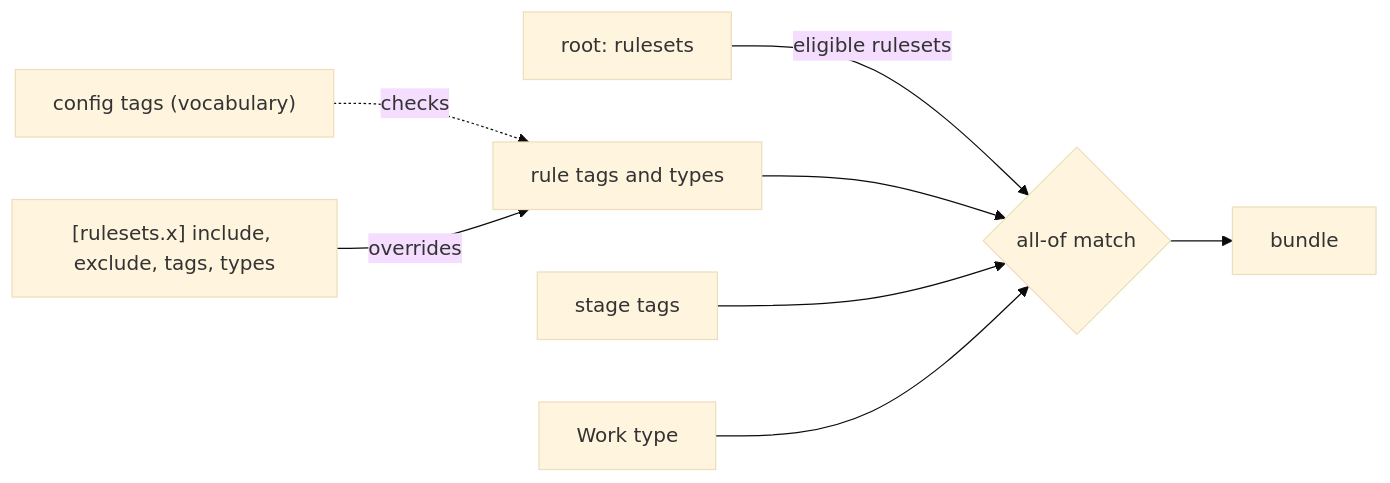
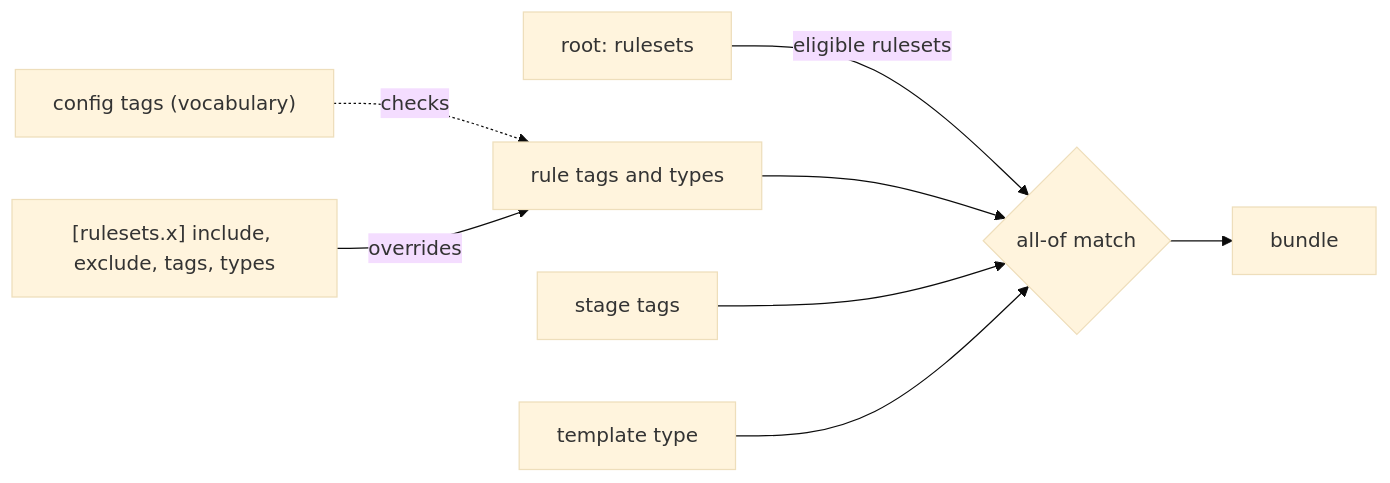
The first of 2 diagrams in .agents/wio/works/rule-presets/README.md (msitarz/wio), drawn with Mermaid (base theme) before and after one commit. The commit also changed other lines of this file, not shown here.

````diff
--- a/.agents/wio/works/rule-presets/README.md
+++ b/.agents/wio/works/rule-presets/README.md
@@ -107,10 +147,10 @@
 ```mermaid
 flowchart LR
     voc["config tags (vocabulary)"] -. "checks" .-> rt["rule tags and types"]
     ovr["[rulesets.x] include, exclude, tags, types"] -- "overrides" --> rt
     root["root: rulesets"] -- "eligible rulesets" --> sel{"all-of match"}
     rt --> sel
     st["stage tags"] --> sel
-    ty["Work type"] --> sel
+    ty["template type"] --> sel
     sel --> bundle["bundle"]
 ```
````
